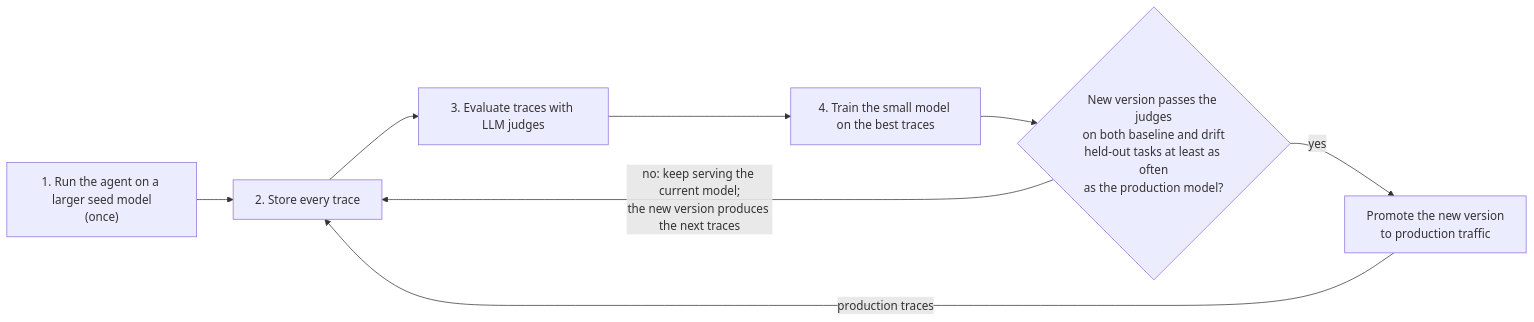
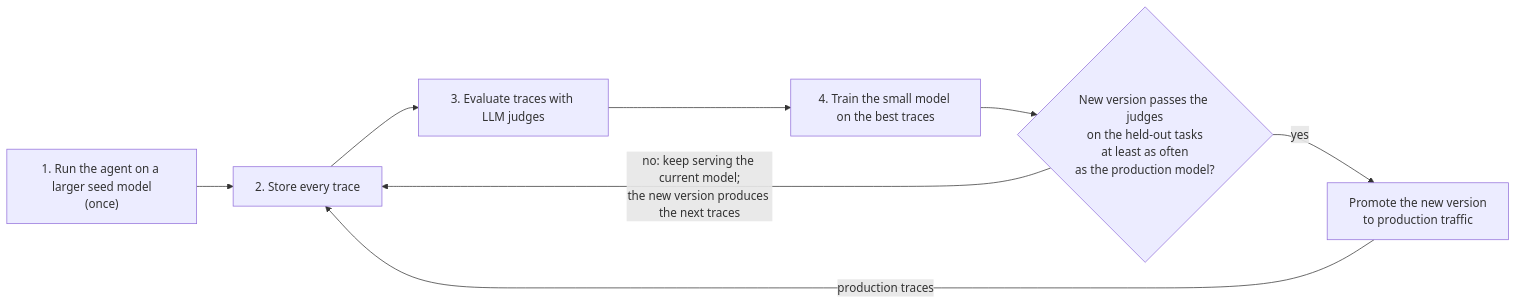
One commit to Snowflake-Labs/agent-self-training-loop changed the diagram in README.md. Above: the diagram before and after it, drawn with Mermaid. The commit also changed other lines of this file, not shown here.

First line of the commit message:
Gate on overall held-out judge pass rate; v3 promoted on a tie with glm-5.3

````diff
--- a/README.md
+++ b/README.md
@@ -5,10 +5,10 @@
 ```mermaid
 flowchart LR
     S1["1. Run the agent on a larger seed model<br/>(once)"] --> S2["2. Store every trace"]
     S2 --> S3["3. Evaluate traces with LLM judges"]
     S3 --> S4["4. Train the small model on the best traces"]
-    S4 --> G{"New version passes the judges<br/>on both baseline and drift<br/>held-out tasks at least as often<br/>as the production model?"}
+    S4 --> G{"New version passes the judges<br/>on the held-out tasks<br/>at least as often<br/>as the production model?"}
     G -- "no: keep serving the current model;<br/>the new version produces the next traces" --> S2
     G -- "yes" --> P["Promote the new version<br/>to production traffic"]
     P -- "production traces" --> S2
 ```
````
